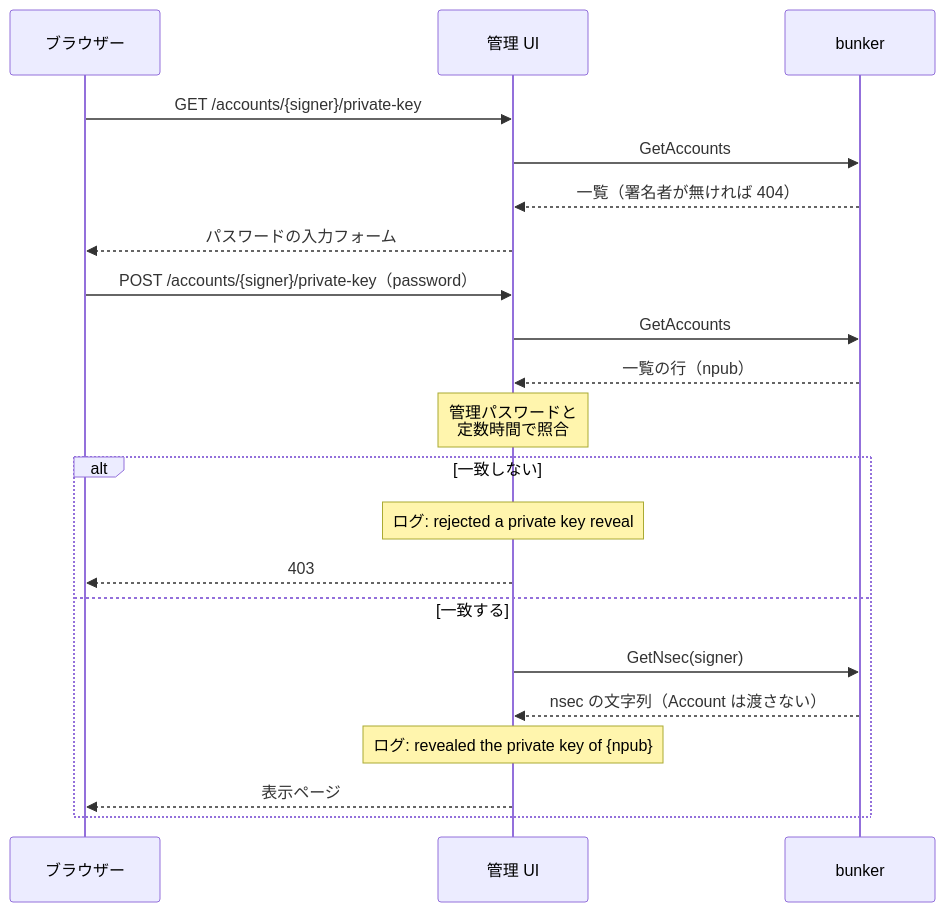
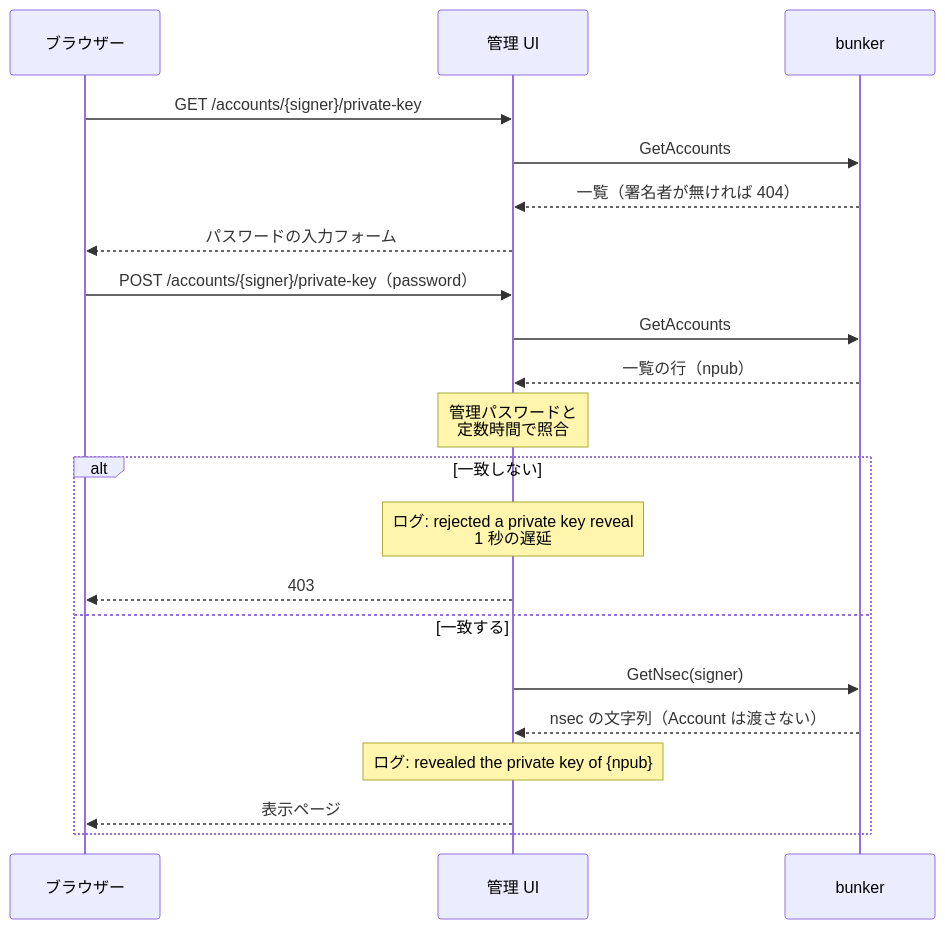
Before and after one commit to neverclear86/nostr-no-su: the eighth of 9 diagrams in docs/architecture.md, drawn with Mermaid. The commit also changed other lines of this file and 12 other files, not shown here.

````diff
--- a/docs/architecture.md
+++ b/docs/architecture.md
@@ -509,24 +509,24 @@
 ```mermaid
 sequenceDiagram
     participant browser as ブラウザー
     participant ui as 管理 UI
     participant bk as bunker
 
     browser->>ui: GET /accounts/{signer}/private-key
     ui->>bk: GetAccounts
     bk-->>ui: 一覧（署名者が無ければ 404）
     ui-->>browser: パスワードの入力フォーム
     browser->>ui: POST /accounts/{signer}/private-key（password）
     ui->>bk: GetAccounts
     bk-->>ui: 一覧の行（npub）
     Note over ui: 管理パスワードと<br/>定数時間で照合
     alt 一致しない
-        Note over ui: ログ: rejected a private key reveal
+        Note over ui: ログ: rejected a private key reveal<br/>1 秒の遅延
         ui-->>browser: 403
     else 一致する
         ui->>bk: GetNsec(signer)
         bk-->>ui: nsec の文字列（Account は渡さない）
         Note over ui: ログ: revealed the private key of {npub}
         ui-->>browser: 表示ページ
     end
 ```
````
